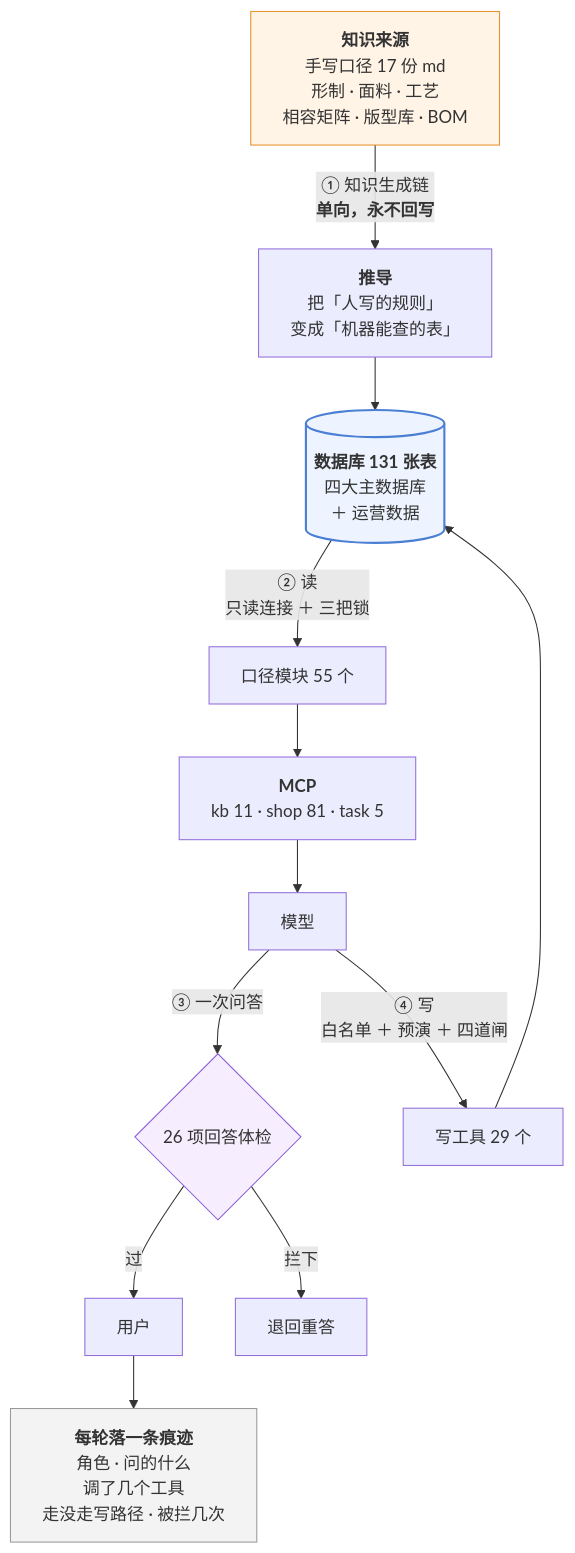
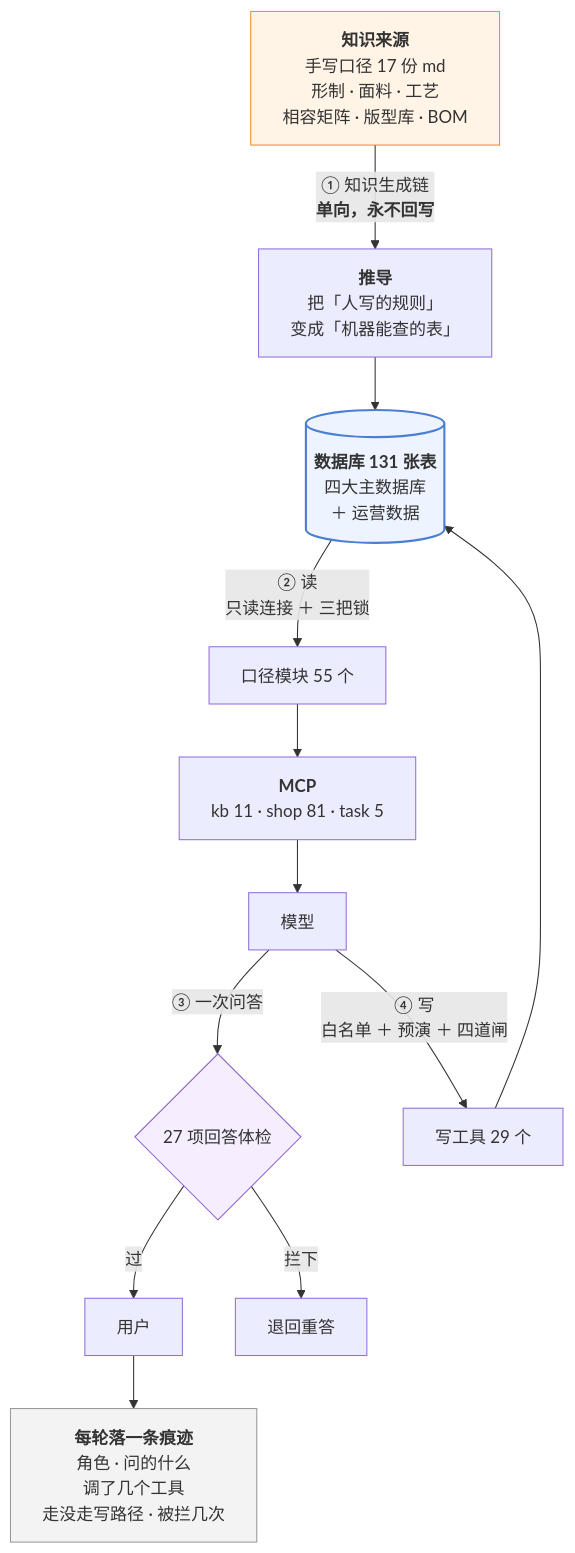
One commit to 843773296-rgb/lanxiu-yunshang-agent changed the third of 3 diagrams in 澜绣云裳agent-产品说明.md. Above: the diagram before and after it, drawn with Mermaid. The commit also changed other lines of this file and 24 other files, not shown here.

````diff
--- a/澜绣云裳agent-产品说明.md
+++ b/澜绣云裳agent-产品说明.md
@@ -1042,24 +1042,24 @@
 ```mermaid
 flowchart TD
     MD["<b>知识来源</b><br/>手写口径 17 份 md<br/>形制 · 面料 · 工艺<br/>相容矩阵 · 版型库 · BOM"]
     MD -->|"① 知识生成链<br/><b>单向，永不回写</b>"| DV["<b>推导</b><br/>把「人写的规则」<br/>变成「机器能查的表」"]
     DV --> DB[("<b>数据库 131 张表</b><br/>四大主数据库<br/>＋ 运营数据")]
 
     DB -->|"② 读<br/>只读连接 ＋ 三把锁"| KJ["口径模块 55 个"]
     KJ --> MCP["<b>MCP</b><br/>kb 11 · shop 81 · task 5"]
     MCP --> LLM["模型"]
 
-    LLM -->|"③ 一次问答"| GD{"26 项回答体检"}
+    LLM -->|"③ 一次问答"| GD{"27 项回答体检"}
     GD -- 过 --> U["用户"]
     GD -- 拦下 --> RE["退回重答"]
 
     LLM -->|"④ 写<br/>白名单 ＋ 预演 ＋ 四道闸"| W["写工具 29 个"]
     W --> DB
 
     U --> TR["<b>每轮落一条痕迹</b><br/>角色 · 问的什么<br/>调了几个工具<br/>走没走写路径 · 被拦几次"]
 
     style MD fill:#fff4e6,stroke:#e8912d
     style DB fill:#eef4ff,stroke:#4a7fd4,stroke-width:2px
     style GD fill:#f6eeff,stroke:#8b5cd6
     style TR fill:#f3f3f3,stroke:#999
 ```
````
